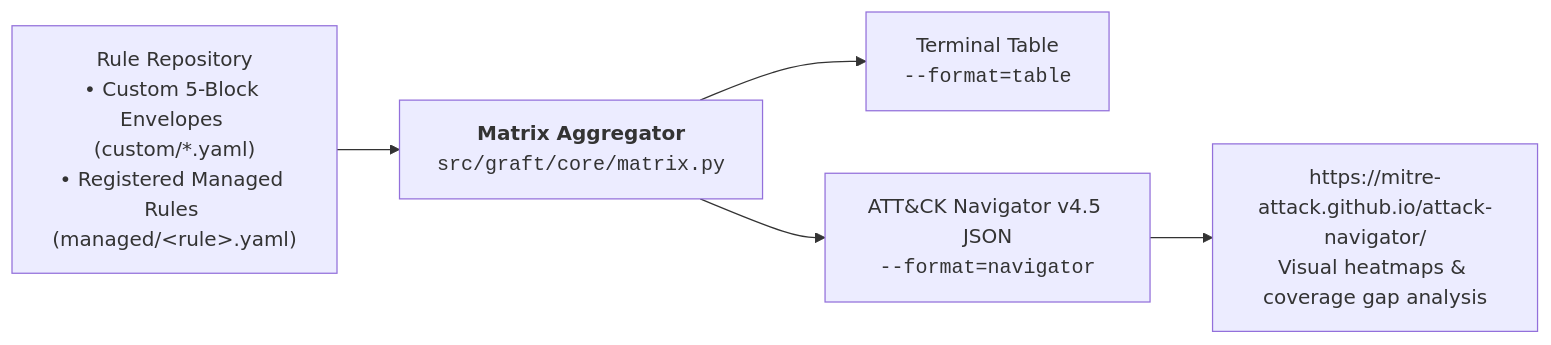
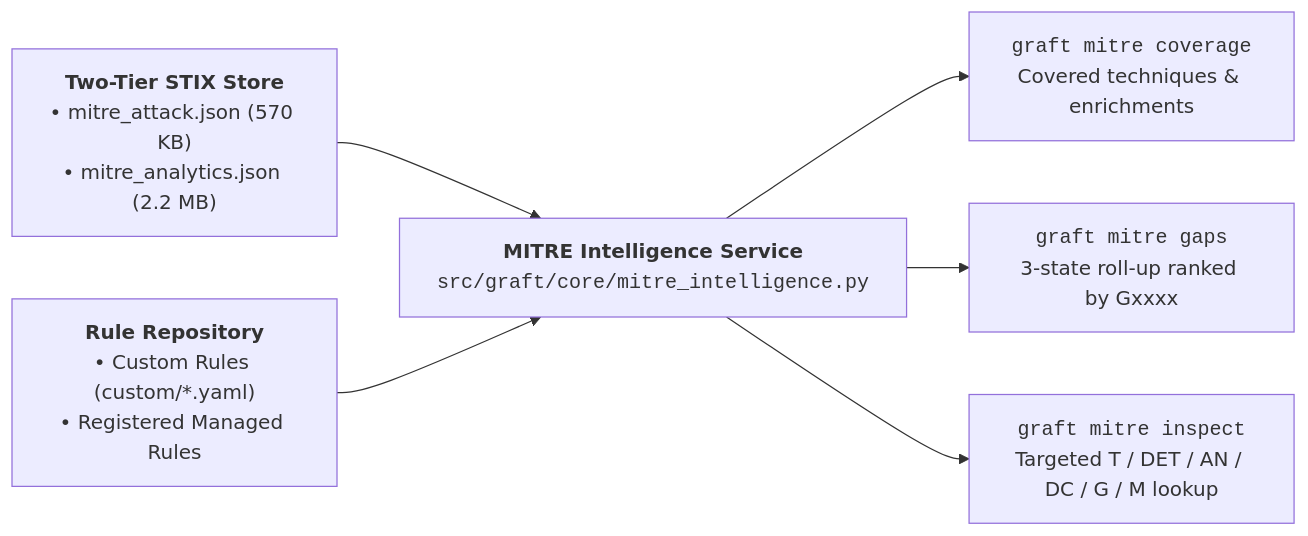
One commit to lopes/graft changed the diagram in docs/analysts/visibility_and_matrix.md. Above: the diagram before and after it, drawn with Mermaid. The commit also changed other lines of this file and 32 other files, not shown here.

First line of the commit message:
core,cli,docs: add mitre v20.0 stix enrichments, gap analysis cli, an… (#43)

````diff
--- a/docs/analysts/visibility_and_matrix.md
+++ b/docs/analysts/visibility_and_matrix.md
@@ -11,8 +37,8 @@
 ```mermaid
 flowchart LR
-    RULES["Rule Repository<br/>• Custom 5-Block Envelopes (custom/*.yaml)<br/>• Registered Managed Rules (managed/&lt;rule&gt;.yaml)"] --> EXTRACT["<b>Matrix Aggregator</b><br/><code>src/graft/core/matrix.py</code>"]
-    EXTRACT --> TABLE["Terminal Table<br/><code>--format=table</code>"]
-    EXTRACT --> NAV["ATT&CK Navigator v4.5 JSON<br/><code>--format=navigator</code>"]
-
-    NAV --> NAV_UI["https://mitre-attack.github.io/attack-navigator/<br/>Visual heatmaps & coverage gap analysis"]
+    STIX["<b>Two-Tier STIX Store</b><br/>• mitre_attack.json (570 KB)<br/>• mitre_analytics.json (2.2 MB)"] --> ENGINE["<b>MITRE Intelligence Service</b><br/><code>src/graft/core/mitre_intelligence.py</code>"]
+    RULES["<b>Rule Repository</b><br/>• Custom Rules (custom/*.yaml)<br/>• Registered Managed Rules"] --> ENGINE
+    ENGINE --> COV["<code>graft mitre coverage</code><br/>Covered techniques &amp; enrichments"]
+    ENGINE --> GAPS["<code>graft mitre gaps</code><br/>3-state roll-up ranked by Gxxxx"]
+    ENGINE --> INSP["<code>graft mitre inspect</code><br/>Targeted T / DET / AN / DC / G / M lookup"]
 ```
````
